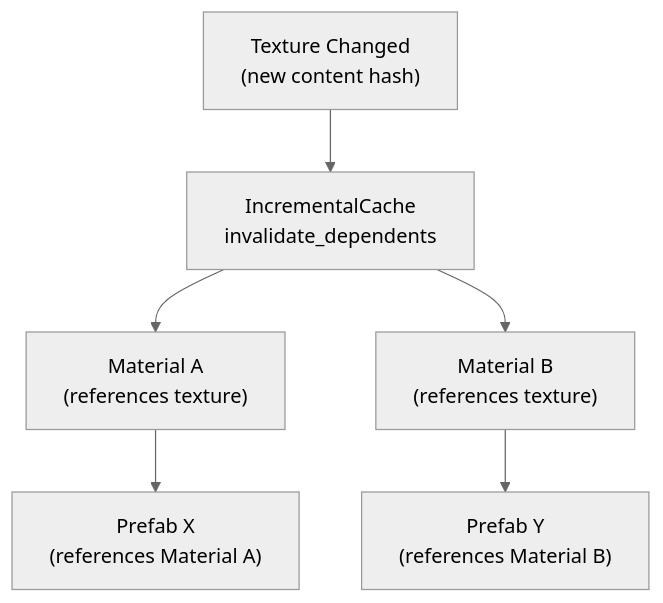
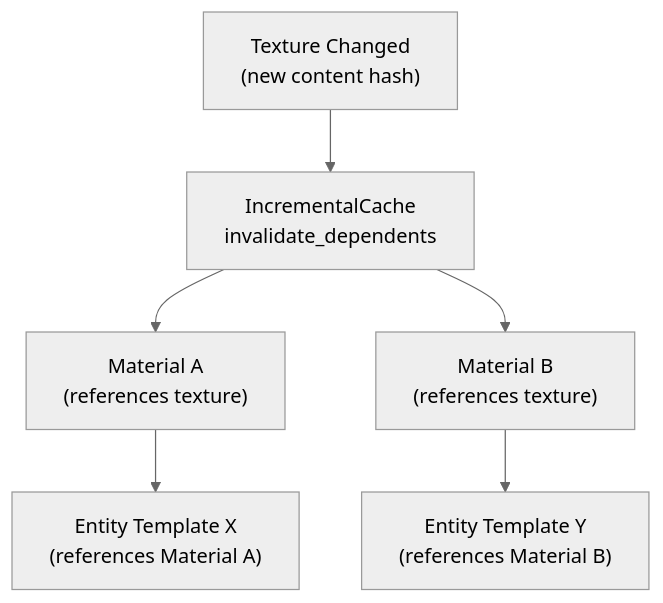
Before and after one commit to harmonius-dev/harmonius: the eighth of 8 diagrams in docs/design/content-pipeline/processing.md, drawn with Mermaid (neutral theme). The commit also changed other lines of this file and 582 other files, not shown here.

````diff
--- a/docs/design/content-pipeline/processing.md
+++ b/docs/design/content-pipeline/processing.md
@@ -1551,15 +1551,15 @@
 ```mermaid
 flowchart TD
     TEX["Texture Changed\n(new content hash)"]
     MAT1["Material A\n(references texture)"]
     MAT2["Material B\n(references texture)"]
-    PRE1["Prefab X\n(references Material A)"]
-    PRE2["Prefab Y\n(references Material B)"]
+    PRE1["Entity Template X\n(references Material A)"]
+    PRE2["Entity Template Y\n(references Material B)"]
     INV["IncrementalCache\ninvalidate_dependents"]
 
     TEX --> INV
     INV --> MAT1
     INV --> MAT2
     MAT1 --> PRE1
     MAT2 --> PRE2
 ```
````
